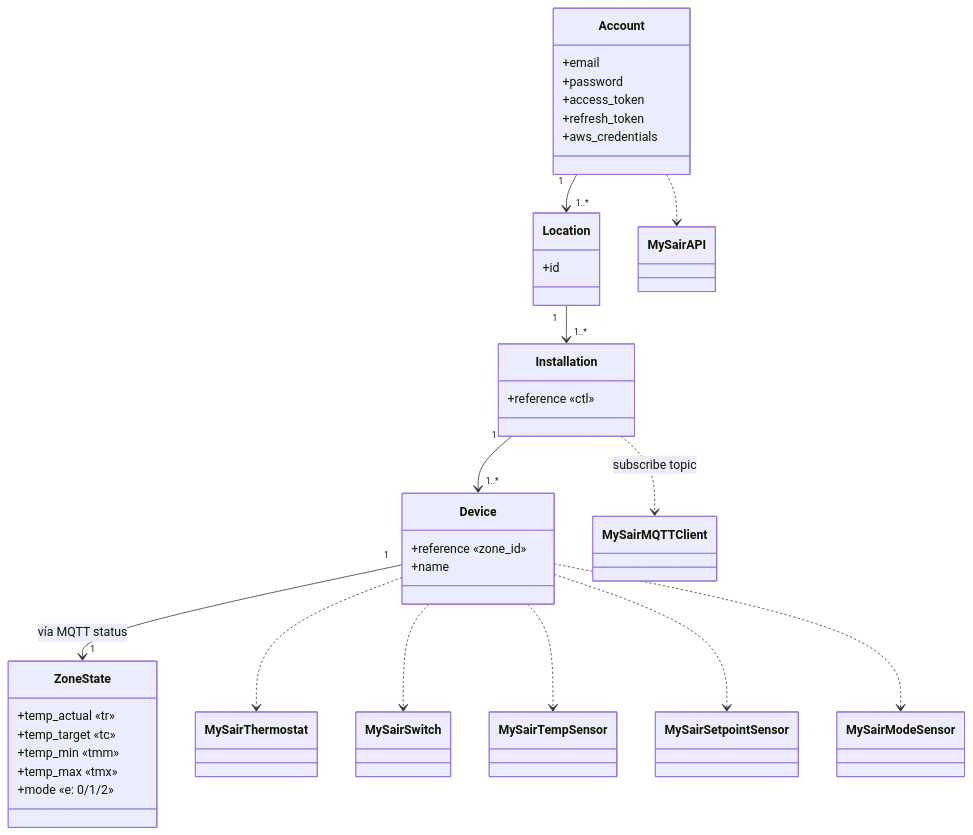
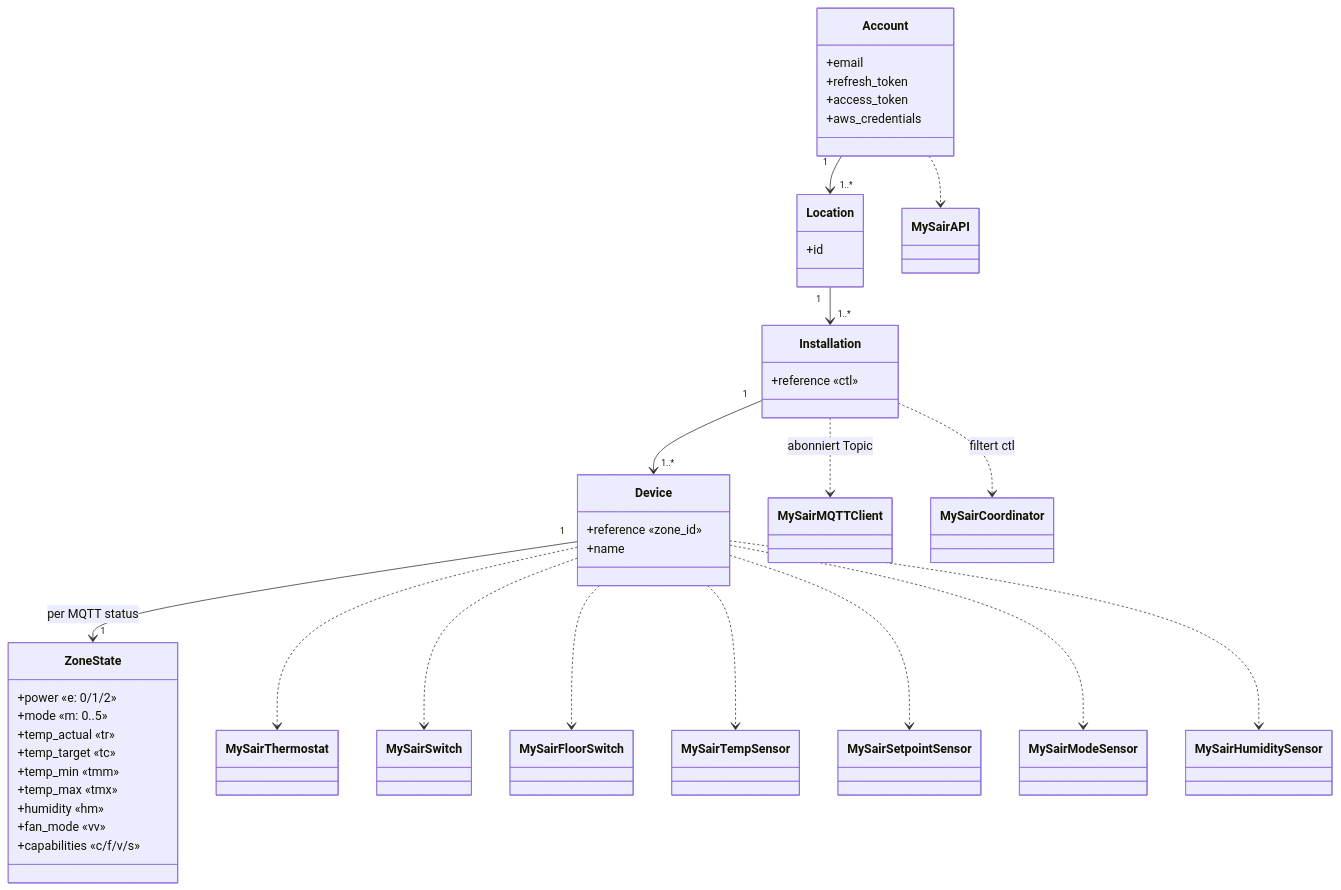
Before and after one commit to PaulWepunkt/ha-mysair: the diagram in docs/domain-model.md, drawn with Mermaid. The commit also changed other lines of this file and 10 other files, not shown here.

````diff
--- a/docs/domain-model.md
+++ b/docs/domain-model.md
@@ -27,46 +27,55 @@
 ```mermaid
 classDiagram
     class Account {
       +email
-      +password
+      +refresh_token
       +access_token
-      +refresh_token
       +aws_credentials
     }
     class Location {
       +id
     }
     class Installation {
       +reference  «ctl»
     }
     class Device {
       +reference  «zone_id»
       +name
     }
     class ZoneState {
+      +power        «e: 0/1/2»
+      +mode         «m: 0..5»
       +temp_actual  «tr»
       +temp_target  «tc»
       +temp_min     «tmm»
       +temp_max     «tmx»
-      +mode         «e: 0/1/2»
+      +humidity     «hm»
+      +fan_mode     «vv»
+      +capabilities «c/f/v/s»
     }
     Account "1" --> "1..*" Location
     Location "1" --> "1..*" Installation
     Installation "1" --> "1..*" Device
-    Device "1" --> "1" ZoneState : vía MQTT status
+    Device "1" --> "1" ZoneState : per MQTT status
 
     class MySairAPI
     class MySairMQTTClient
+    class MySairCoordinator
     class MySairThermostat
     class MySairSwitch
+    class MySairFloorSwitch
     class MySairTempSensor
     class MySairSetpointSensor
     class MySairModeSensor
+    class MySairHumiditySensor
     Account ..> MySairAPI
-    Installation ..> MySairMQTTClient : subscribe topic
+    Installation ..> MySairMQTTClient : abonniert Topic
+    Installation ..> MySairCoordinator : filtert ctl
     Device ..> MySairThermostat
     Device ..> MySairSwitch
+    Device ..> MySairFloorSwitch
     Device ..> MySairTempSensor
     Device ..> MySairSetpointSensor
     Device ..> MySairModeSensor
+    Device ..> MySairHumiditySensor
 ```
````
